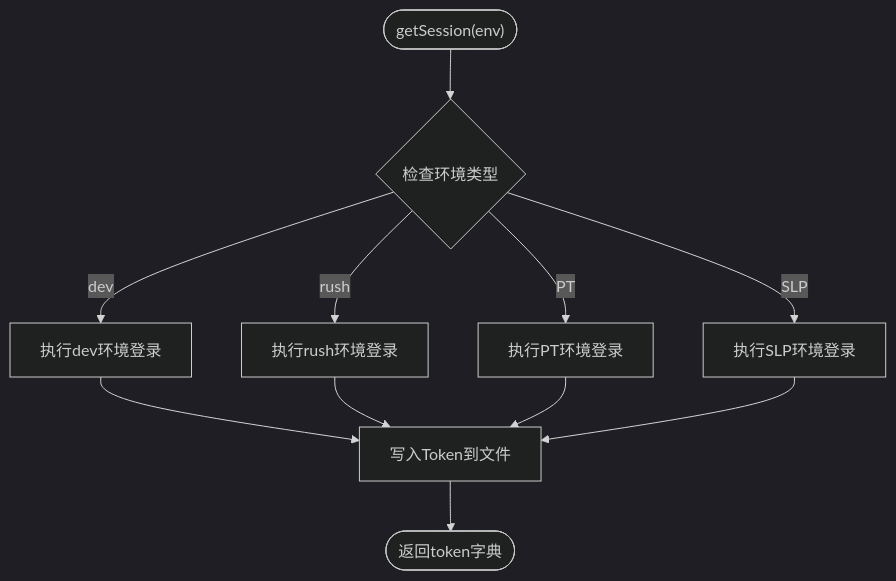
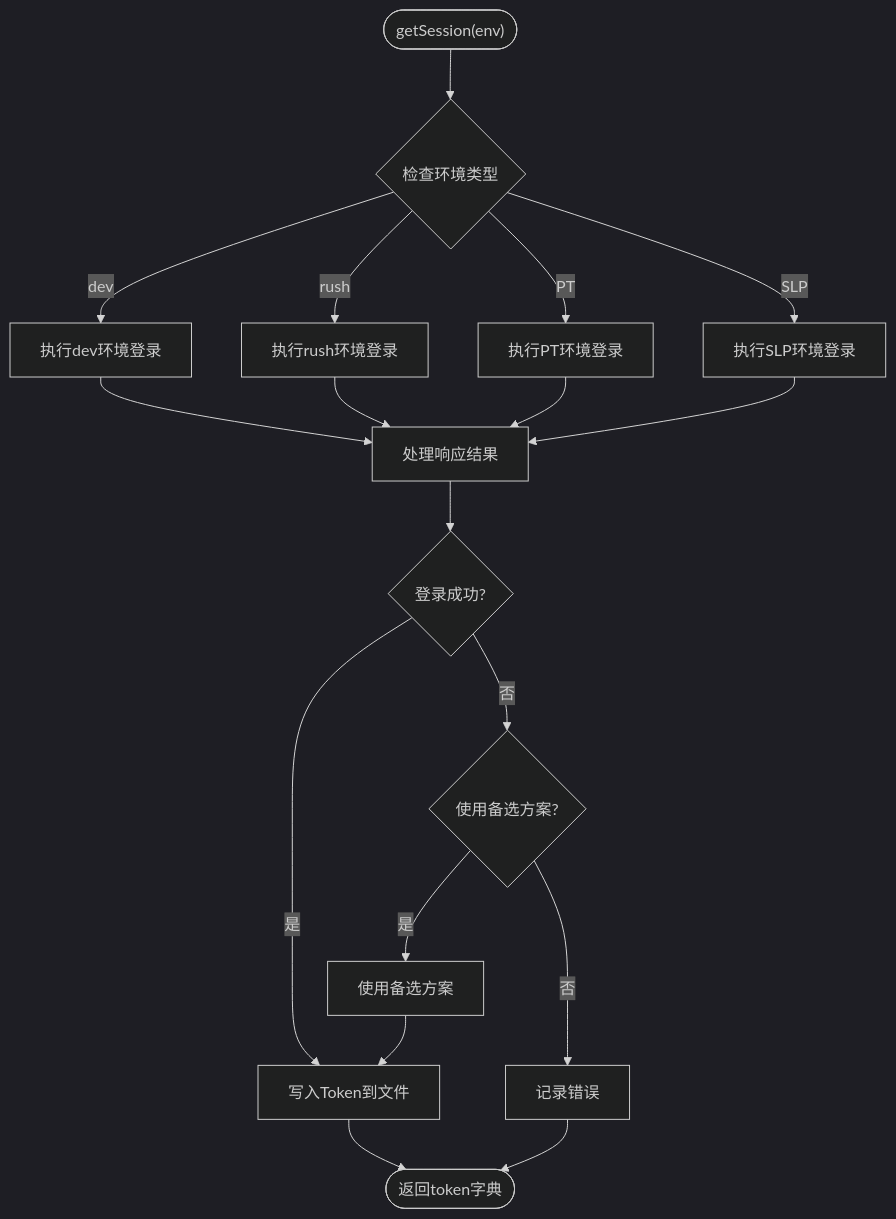
Before and after one commit to liximing1-ola/qa-payTest: the fifth of 12 diagrams in .qoder/repowiki/zh/content/自动化与CI_CD.md, drawn with Mermaid (dark theme). The commit also changed other lines of this file and 3 other files, not shown here.

````diff
--- a/.qoder/repowiki/zh/content/自动化与CI_CD.md
+++ b/.qoder/repowiki/zh/content/自动化与CI_CD.md
@@ -253,13 +258,20 @@
 ```mermaid
 flowchart TD
 Start(["getSession(env)"]) --> EnvCheck{"检查环境类型"}
 EnvCheck --> |dev| DevLogin["执行dev环境登录"]
 EnvCheck --> |rush| RushLogin["执行rush环境登录"]
 EnvCheck --> |PT| PTLogin["执行PT环境登录"]
 EnvCheck --> |SLP| SLPLogin["执行SLP环境登录"]
-DevLogin --> TokenWrite["写入Token到文件"]
-RushLogin --> TokenWrite
-PTLogin --> TokenWrite
-SLPLogin --> TokenWrite
-TokenWrite --> End(["返回token字典"])
+DevLogin --> HandleResp["处理响应结果"]
+RushLogin --> HandleResp
+PTLogin --> HandleResp
+SLPLogin --> HandleResp
+HandleResp --> CheckSuccess{"登录成功?"}
+CheckSuccess --> |是| WriteToken["写入Token到文件"]
+CheckSuccess --> |否| BackupPlan{"使用备选方案?"}
+BackupPlan --> |是| UseBackup["使用备选方案"]
+BackupPlan --> |否| LogError["记录错误"]
+UseBackup --> WriteToken
+WriteToken --> End(["返回token字典"])
+LogError --> End
 ```
````
